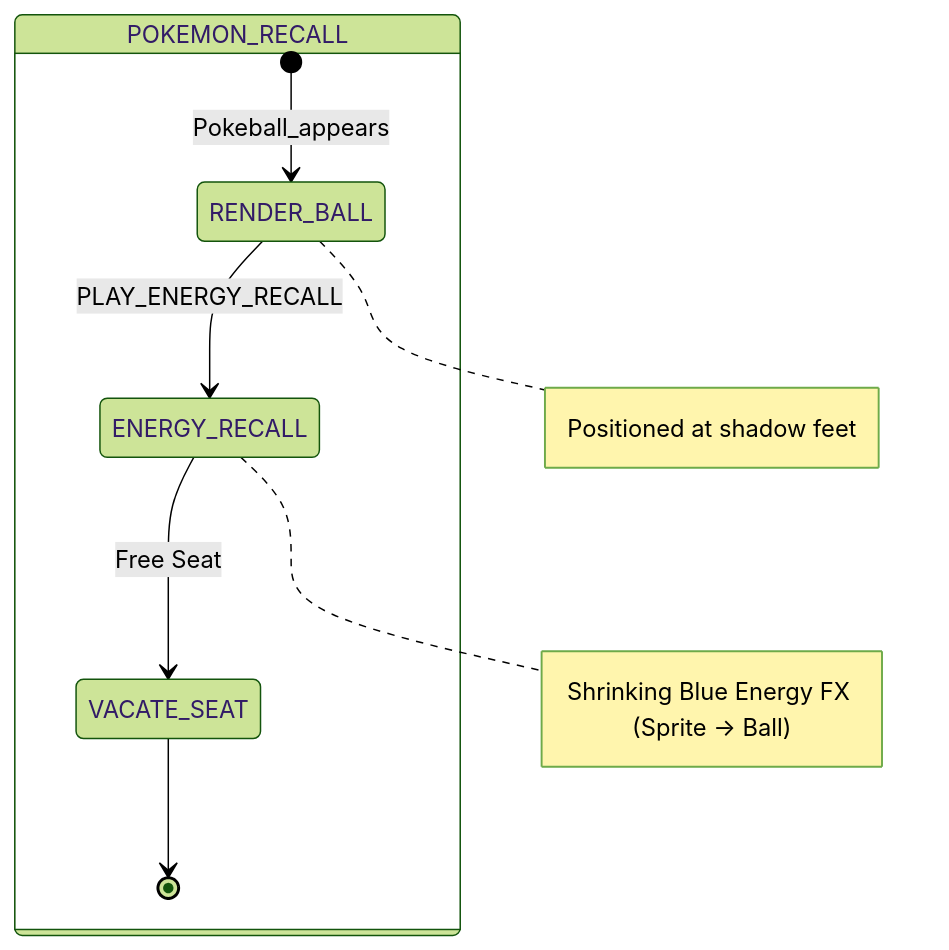
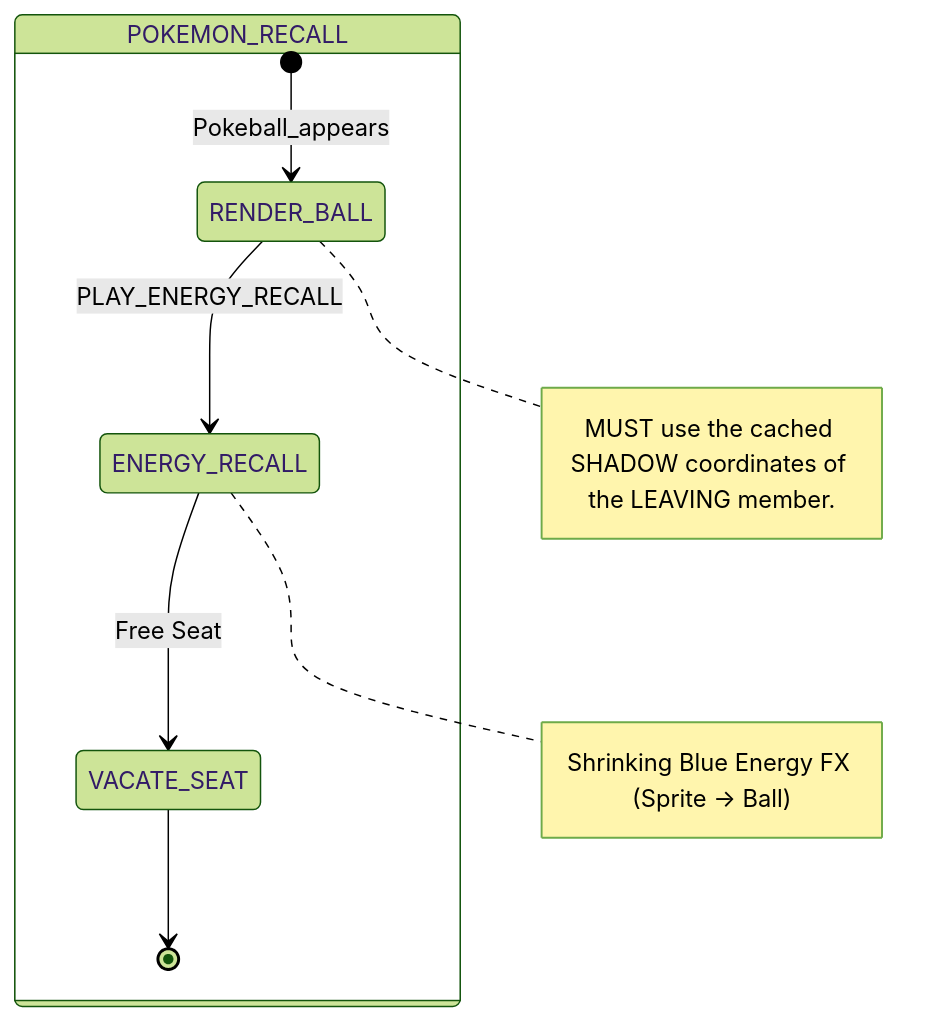
Before and after one commit to Darkham77/PokeBorrador: diagram 14 of 18 in .agents/skills/project-standards/references/battle/battle_mechanics_manual.md, drawn with Mermaid (forest theme). The commit also changed other lines of this file and 20 other files, not shown here.

````diff
--- a/.agents/skills/project-standards/references/battle/battle_mechanics_manual.md
+++ b/.agents/skills/project-standards/references/battle/battle_mechanics_manual.md
@@ -741,12 +721,12 @@
 ```mermaid
 stateDiagram-v2
     state POKEMON_RECALL {
         [*] --> RENDER_BALL: Pokeball_appears
         RENDER_BALL --> ENERGY_RECALL: PLAY_ENERGY_RECALL
         ENERGY_RECALL --> VACATE_SEAT: Free Seat
         VACATE_SEAT --> [*]
         
-        note right of RENDER_BALL: Positioned at shadow feet
+        note right of RENDER_BALL: MUST use the cached SHADOW coordinates of the LEAVING member.
         note right of ENERGY_RECALL: Shrinking Blue Energy FX (Sprite -> Ball)
     }
 ```
````
